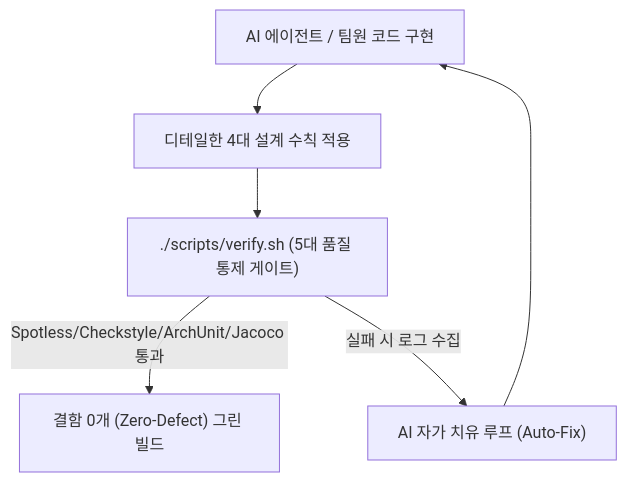
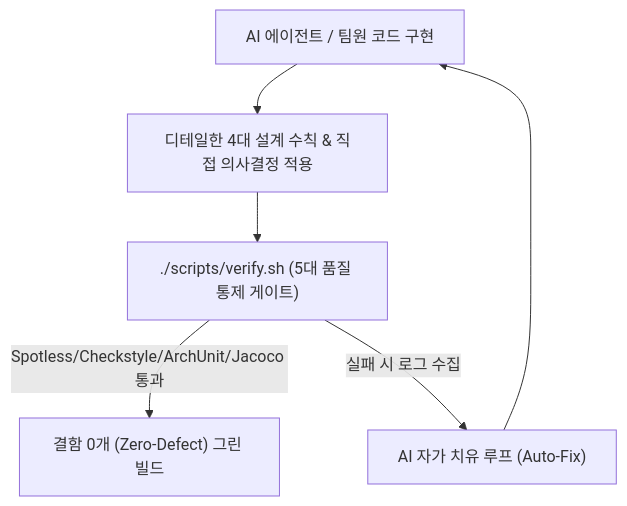
The diagram in docs/presentation/AI-페어-프로그래밍-발표-시나리오-가이드.md (ShinhanDSProject/shinhan-delivery), drawn with Mermaid before and after one commit. The commit also changed other lines of this file, not shown here.

Commit message:
docs(presentation): 신입 개발자 AI 맹목적 의존 매너리즘 및 의사결정 수칙 추가 (#352)

````diff
--- a/docs/presentation/AI-페어-프로그래밍-발표-시나리오-가이드.md
+++ b/docs/presentation/AI-페어-프로그래밍-발표-시나리오-가이드.md
@@ -62,8 +65,8 @@
 ```mermaid
 flowchart TD
-    AI[AI 에이전트 / 팀원 코드 구현] --> Dev[디테일한 4대 설계 수칙 적용]
+    AI[AI 에이전트 / 팀원 코드 구현] --> Dev[디테일한 4대 설계 수칙 & 직접 의사결정 적용]
     Dev --> Gate["./scripts/verify.sh (5대 품질 통제 게이트)"]
     Gate -- "Spotless/Checkstyle/ArchUnit/Jacoco 통과" --> Pass["결함 0개 (Zero-Defect) 그린 빌드"]
     Gate -- "실패 시 로그 수집" --> AutoFix["AI 자가 치유 루프 (Auto-Fix)"]
     AutoFix --> AI
 ```
````
